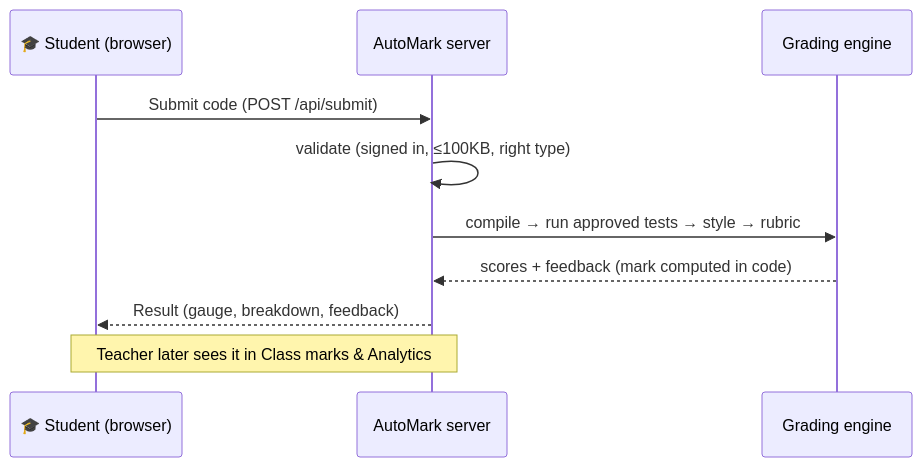
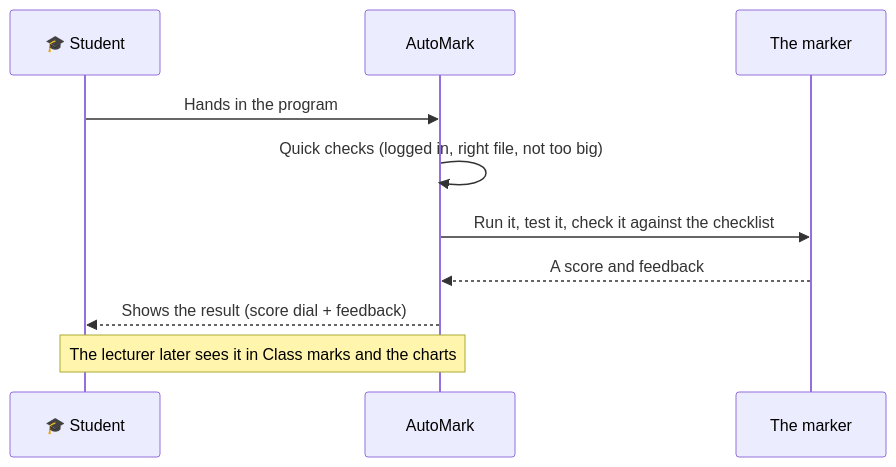
One commit to Jabulani00/AUTOMARK changed the eighth of 8 diagrams in FLOW.md. Above: the diagram before and after it, drawn with Mermaid. The commit also changed other lines of this file, not shown here.

Commit message:
new flow

````diff
--- a/FLOW.md
+++ b/FLOW.md
@@ -237,12 +242,12 @@
 ```mermaid
 sequenceDiagram
-    participant St as 🎓 Student (browser)
-    participant App as AutoMark server
-    participant Gr as Grading engine
-    St->>App: Submit code (POST /api/submit)
-    App->>App: validate (signed in, ≤100KB, right type)
-    App->>Gr: compile → run approved tests → style → rubric
-    Gr-->>App: scores + feedback (mark computed in code)
-    App-->>St: Result (gauge, breakdown, feedback)
-    Note over St,App: Teacher later sees it in Class marks & Analytics
+    participant St as 🎓 Student
+    participant App as AutoMark
+    participant Gr as The marker
+    St->>App: Hands in the program
+    App->>App: Quick checks (logged in, right file, not too big)
+    App->>Gr: Run it, test it, check it against the checklist
+    Gr-->>App: A score and feedback
+    App-->>St: Shows the result (score dial + feedback)
+    Note over St,App: The lecturer later sees it in Class marks and the charts
 ```
````
